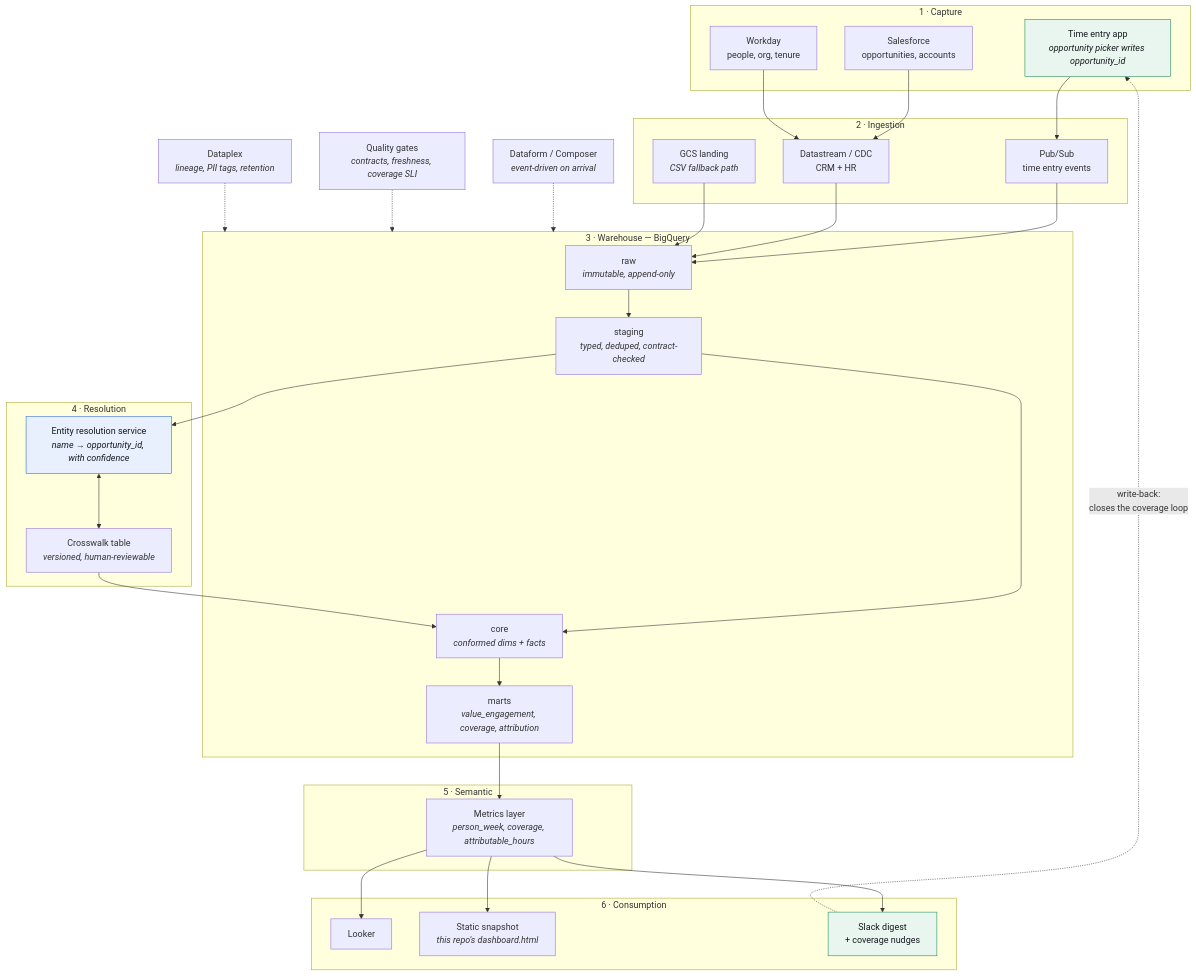
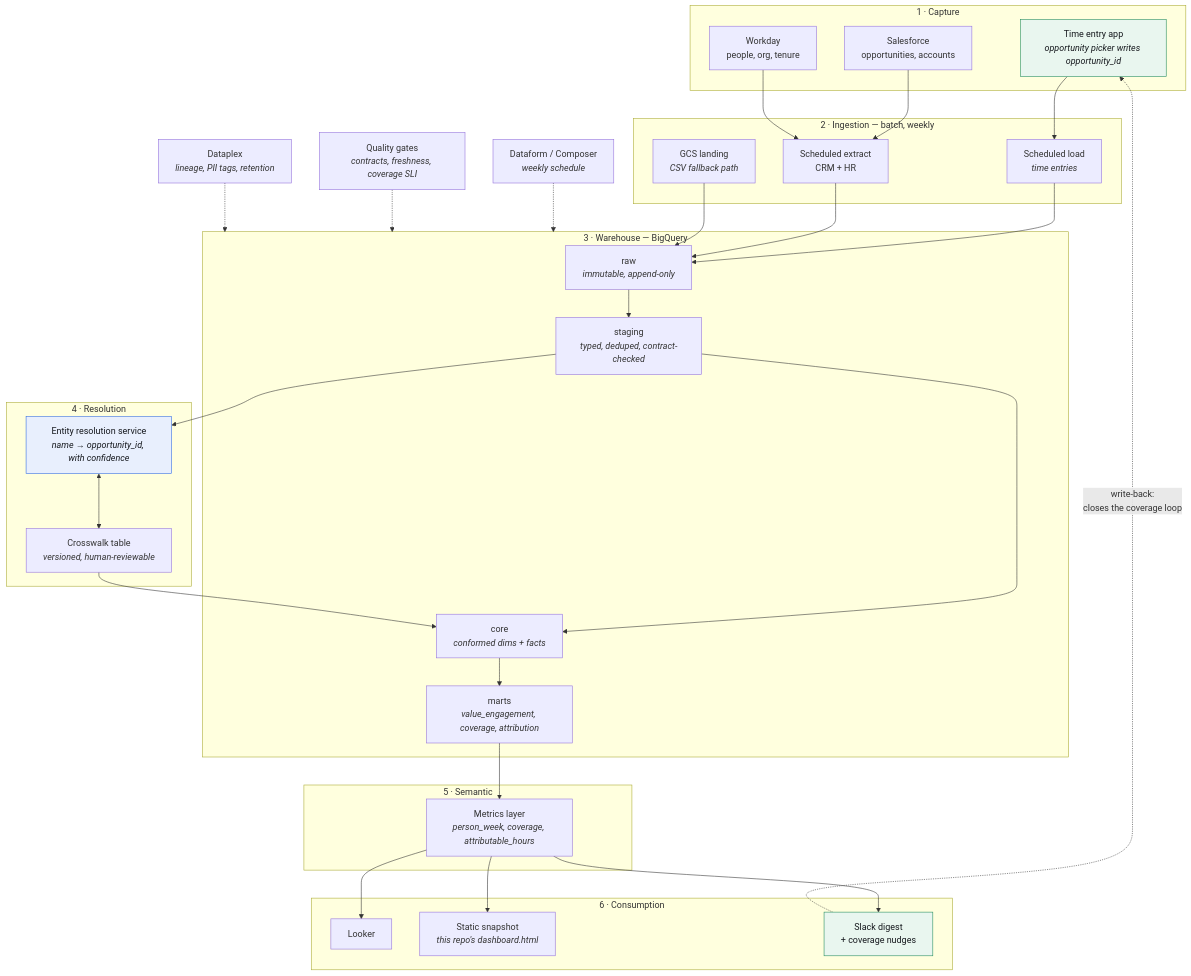
Before and after one commit to quluyevasevinc/Project_time_impact_submission: the second of 3 diagrams in ARCHITECTURE.md, drawn with Mermaid. The commit also changed other lines of this file and 12 other files, not shown here.

````diff
--- a/ARCHITECTURE.md
+++ b/ARCHITECTURE.md
@@ -86,58 +89,58 @@
 ```mermaid
 flowchart TB
   subgraph S1["1 · Capture"]
     TF["Time entry app<br/><i>opportunity picker writes opportunity_id</i>"]
     SF["Salesforce<br/>opportunities, accounts"]
     WD["Workday<br/>people, org, tenure"]
   end
 
-  subgraph S2["2 · Ingestion"]
-    PS["Pub/Sub<br/>time entry events"]
-    DS["Datastream / CDC<br/>CRM + HR"]
+  subgraph S2["2 · Ingestion — batch, weekly"]
+    LOAD["Scheduled load<br/><i>time entries</i>"]
+    DS["Scheduled extract<br/>CRM + HR"]
     GCS["GCS landing<br/><i>CSV fallback path</i>"]
   end
 
   subgraph S3["3 · Warehouse — BigQuery"]
     RAW["raw<br/><i>immutable, append-only</i>"]
     STG["staging<br/><i>typed, deduped, contract-checked</i>"]
     CORE["core<br/><i>conformed dims + facts</i>"]
     MART["marts<br/><i>value_engagement, coverage, attribution</i>"]
     RAW --> STG --> CORE --> MART
   end
 
   subgraph S4["4 · Resolution"]
     ER["Entity resolution service<br/><i>name → opportunity_id, with confidence</i>"]
     XW["Crosswalk table<br/><i>versioned, human-reviewable</i>"]
     ER <--> XW
   end
 
   subgraph S5["5 · Semantic"]
     SEM["Metrics layer<br/><i>person_week, coverage, attributable_hours</i>"]
   end
 
   subgraph S6["6 · Consumption"]
     LK["Looker"]
     SNAP["Static snapshot<br/><i>this repo's dashboard.html</i>"]
     SLK["Slack digest<br/>+ coverage nudges"]
   end
 
-  TF --> PS --> RAW
+  TF --> LOAD --> RAW
   SF --> DS --> RAW
   WD --> DS
   GCS --> RAW
   STG --> ER
   XW --> CORE
   MART --> SEM --> LK & SNAP & SLK
   SLK -. "write-back:<br/>closes the coverage loop" .-> TF
 
-  ORCH["Dataform / Composer<br/><i>event-driven on arrival</i>"]
+  ORCH["Dataform / Composer<br/><i>weekly schedule</i>"]
   DQ["Quality gates<br/><i>contracts, freshness, coverage SLI</i>"]
   CAT["Dataplex<br/><i>lineage, PII tags, retention</i>"]
   ORCH -.-> S3
   DQ -.-> S3
   CAT -.-> S3
 
   style TF fill:#e9f6ef,stroke:#1f8a5b,color:#15181d
   style ER fill:#e8effd,stroke:#2f6ae1,color:#15181d
   style SLK fill:#e9f6ef,stroke:#1f8a5b,color:#15181d
 ```
````
